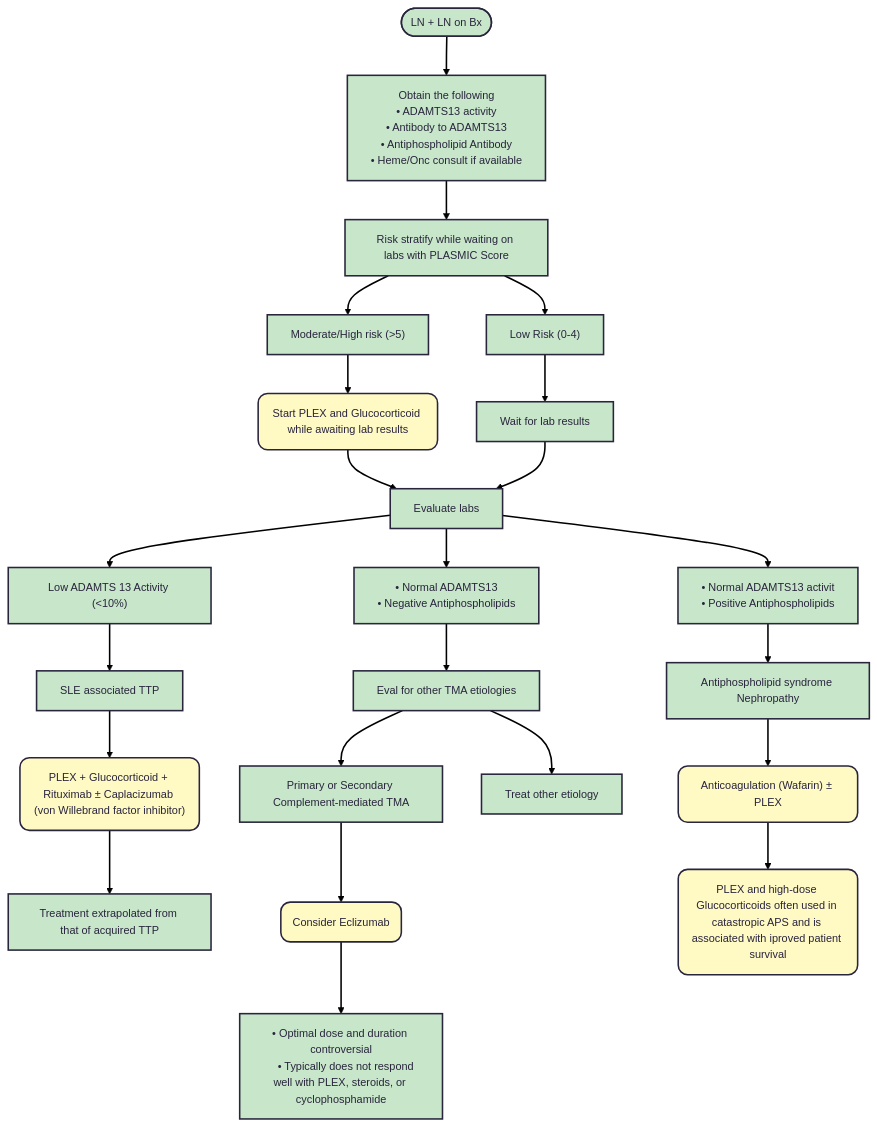
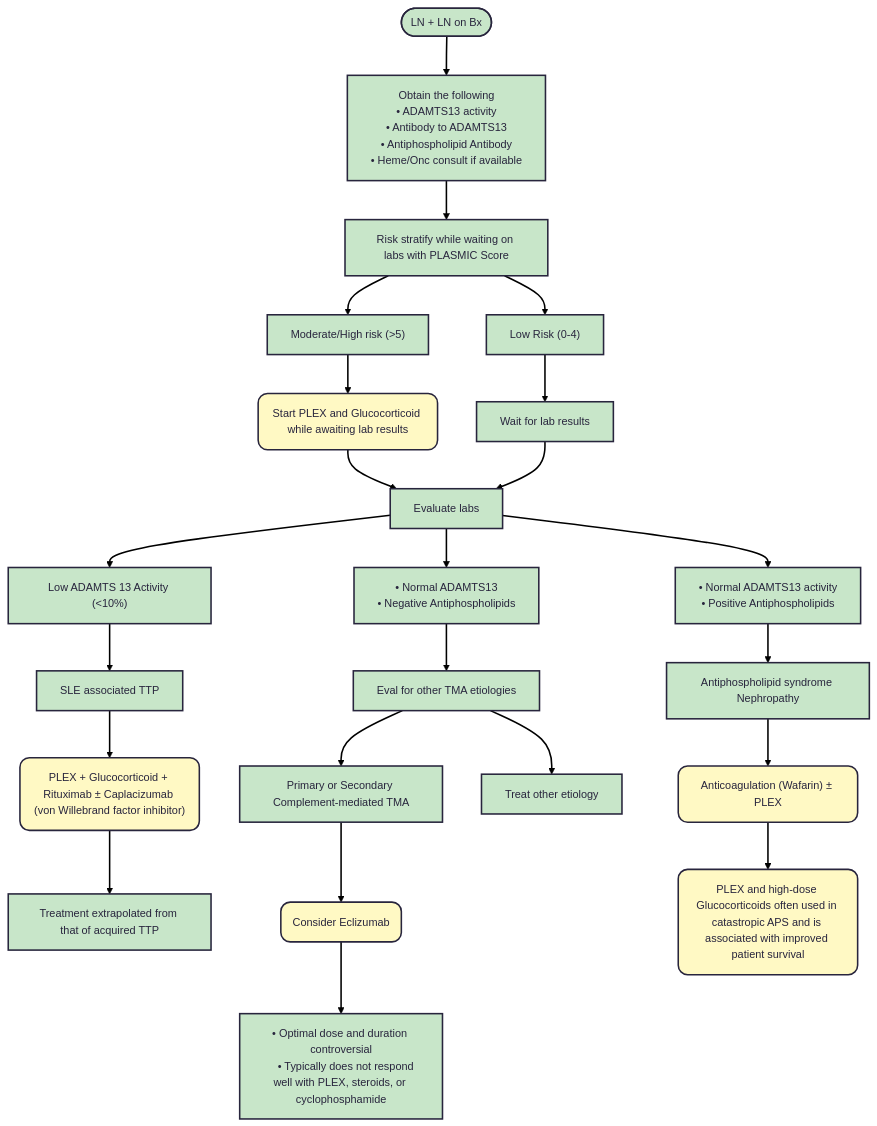
Before and after one commit to TTUNEPH2025/GN: the third of 4 diagrams in docs/Lupus.md, drawn with Mermaid. The commit also changed other lines of this file, not shown here.

````diff
--- a/docs/Lupus.md
+++ b/docs/Lupus.md
@@ -196,61 +196,61 @@
 ```mermaid
 ---
 config:
   theme: redux
 ---
 flowchart TB
     A(["LN + LN on Bx"]) --> n1["Obtain the following
     • ADAMTS13 activity
     • Antibody to ADAMTS13
     • Antiphospholipid Antibody
     • Heme/Onc consult if available"]
     n1 --> n2["Risk stratify while waiting on labs with PLASMIC Score"]
     n2 --> n3["Moderate/High risk (>5)"] & n4["Low Risk (0-4)"]
     n3 --> n5["Start PLEX and Glucocorticoid while awaiting lab results"]
     n4 --> n6["Wait for lab results"]
     n5 --> n7["Evaluate labs"]
     n6 --> n7
     n7 --> n8["Low ADAMTS 13 Activity (&lt;10%)"] & n9["• Normal ADAMTS13
-    • Negative Antiphospholipids"] & n10["• Normal ADAMTS13 activit
+    • Negative Antiphospholipids"] & n10["• Normal ADAMTS13 activity
     • Positive Antiphospholipids"]
     n8 --> n11["SLE associated TTP"]
     n9 --> n12["Eval for other TMA etiologies"]
     n10 --> n13["Antiphospholipid syndrome Nephropathy"]
     n11 --> n14["PLEX + Glucocorticoid + Rituximab ± Caplacizumab (von Willebrand factor inhibitor)"]
     n12 --> n15["Primary or Secondary Complement-mediated TMA"] & n16["Treat other etiology"]
     n13 --> n17["Anticoagulation (Wafarin) ± PLEX"]
     n14 --> n21["Treatment extrapolated from that of acquired TTP"]
     n15 --> n18["Consider Eclizumab"]
     n18 --> n19["• Optimal dose and duration controversial
     • Typically does not respond well with PLEX, steroids, or cyclophosphamide"]
-    n17 --> n20["PLEX and high-dose Glucocorticoids often used in catastropic APS and is associated with iproved patient survival"]
+    n17 --> n20["PLEX and high-dose Glucocorticoids often used in catastropic APS and is associated with improved patient survival"]
 
     n5@{ shape: rounded}
     n14@{ shape: rounded}
     n17@{ shape: rounded}
     n18@{ shape: rounded}
     n20@{ shape: rounded}
     style A fill:#C8E6C9
     style n1 fill:#C8E6C9
     style n2 fill:#C8E6C9
     style n3 fill:#C8E6C9
     style n4 fill:#C8E6C9
     style n5 fill:#FFF9C4
     style n6 fill:#C8E6C9
     style n7 fill:#C8E6C9
     style n8 fill:#C8E6C9
     style n9 fill:#C8E6C9
     style n10 fill:#C8E6C9
     style n11 fill:#C8E6C9
     style n12 fill:#C8E6C9
     style n13 fill:#C8E6C9
     style n14 fill:#FFF9C4
     style n15 fill:#C8E6C9
     style n16 fill:#C8E6C9
     style n17 fill:#FFF9C4
     style n18 fill:#FFF9C4
     style n19 fill:#C8E6C9
     style n20 fill:#FFF9C4
     style n21 fill:#C8E6C9
     click n2 "https://www.mdcalc.com/calc/10200/plasmic-score-ttp"
 ```
````
